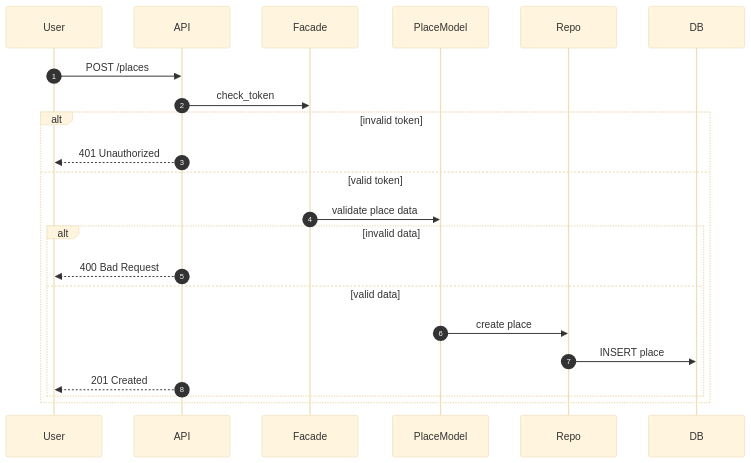
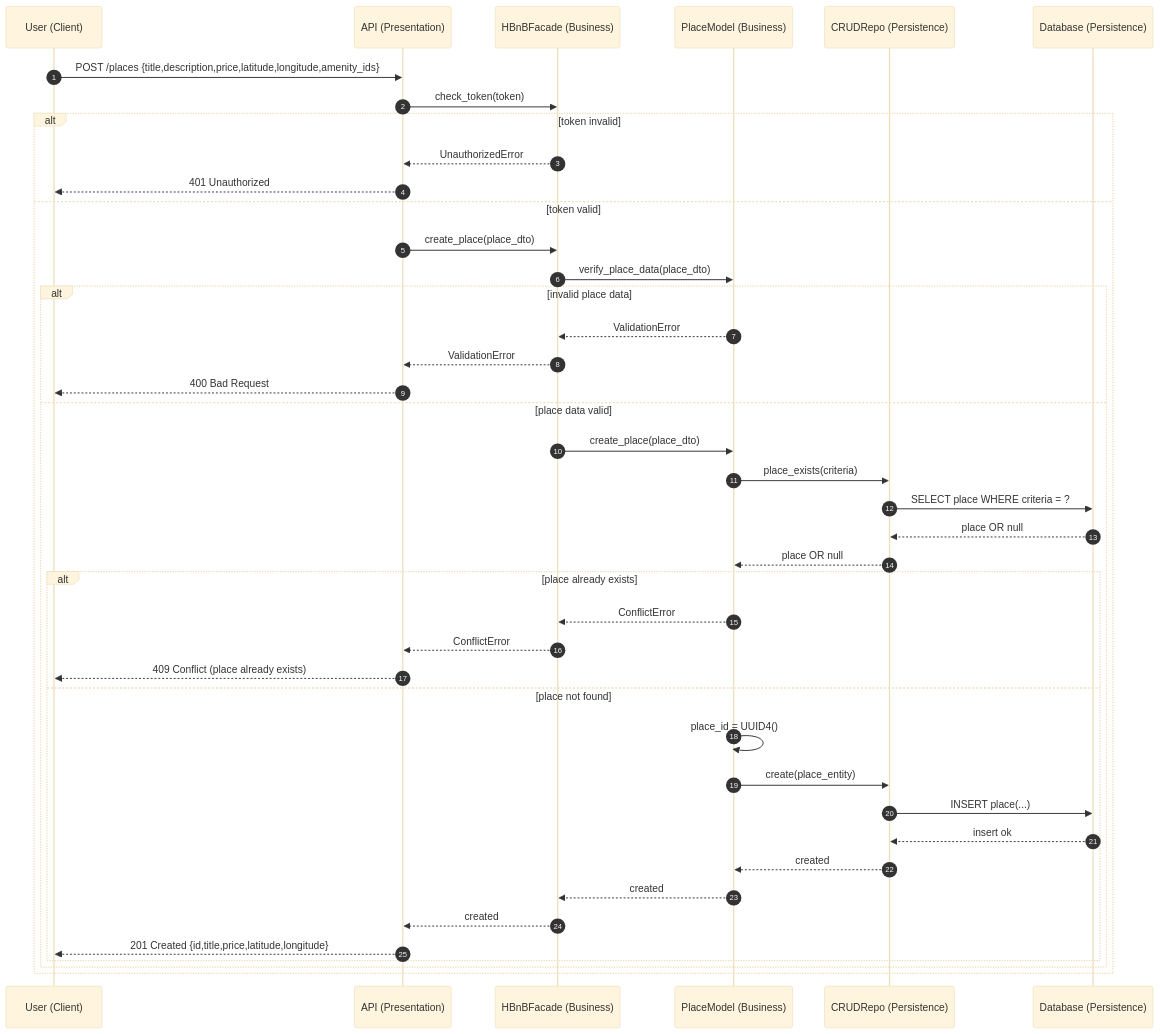
The fourth of 6 diagrams in part1/TECHNICAL_DOCUMENTATION.md (Alreix/holbertonschool-hbnb), drawn with Mermaid (base theme) before and after one commit. The commit also changed other lines of this file, not shown here.

Commit message:
add: the 4 finals diagrams sequences

````diff
--- a/part1/TECHNICAL_DOCUMENTATION.md
+++ b/part1/TECHNICAL_DOCUMENTATION.md
@@ -322,25 +344,50 @@
 ```mermaid
 sequenceDiagram
-autonumber
-participant U as User
-participant API as API
-participant FAC as Facade
-participant PM as PlaceModel
-participant REPO as Repo
-participant DB as DB
+    autonumber
+    participant U as User (Client)
+    participant API as API (Presentation)
+    participant FAC as HBnBFacade (Business)
+    participant PM as PlaceModel (Business)
+    participant REPO as CRUDRepo (Persistence)
+    participant DB as Database (Persistence)
 
-U->>API: POST /places
-API->>FAC: check_token
-alt invalid token
-    API-->>U: 401 Unauthorized
-else valid token
-    FAC->>PM: validate place data
-    alt invalid data
-        API-->>U: 400 Bad Request
-    else valid data
-        PM->>REPO: create place
-        REPO->>DB: INSERT place
-        API-->>U: 201 Created
+    U->>API: POST /places {title,description,price,latitude,longitude,amenity_ids}
+    API->>FAC: check_token(token)
+
+    alt token invalid
+        FAC-->>API: UnauthorizedError
+        API-->>U: 401 Unauthorized
+    else token valid
+        API->>FAC: create_place(place_dto)
+
+        FAC->>PM: verify_place_data(place_dto)
+        alt invalid place data
+            PM-->>FAC: ValidationError
+            FAC-->>API: ValidationError
+            API-->>U: 400 Bad Request
+        else place data valid
+            FAC->>PM: create_place(place_dto)
+
+            PM->>REPO: place_exists(criteria)
+            REPO->>DB: SELECT place WHERE criteria = ?
+            DB-->>REPO: place OR null
+            REPO-->>PM: place OR null
+
+            alt place already exists
+                PM-->>FAC: ConflictError
+                FAC-->>API: ConflictError
+                API-->>U: 409 Conflict (place already exists)
+            else place not found
+                PM->>PM: place_id = UUID4()
+                PM->>REPO: create(place_entity)
+                REPO->>DB: INSERT place(...)
+                DB-->>REPO: insert ok
+                REPO-->>PM: created
+                PM-->>FAC: created
+                FAC-->>API: created
+                API-->>U: 201 Created {id,title,price,latitude,longitude}
+            end
+        end
     end
-end
+
 ```
````
